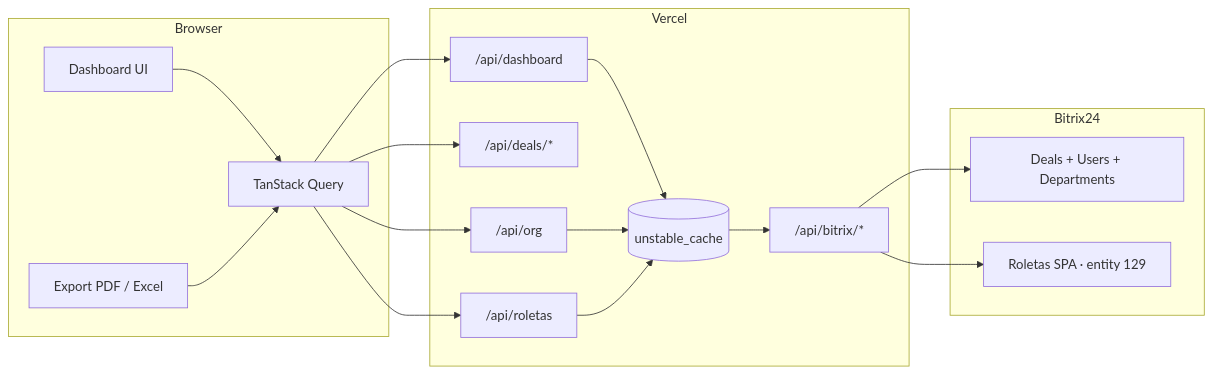
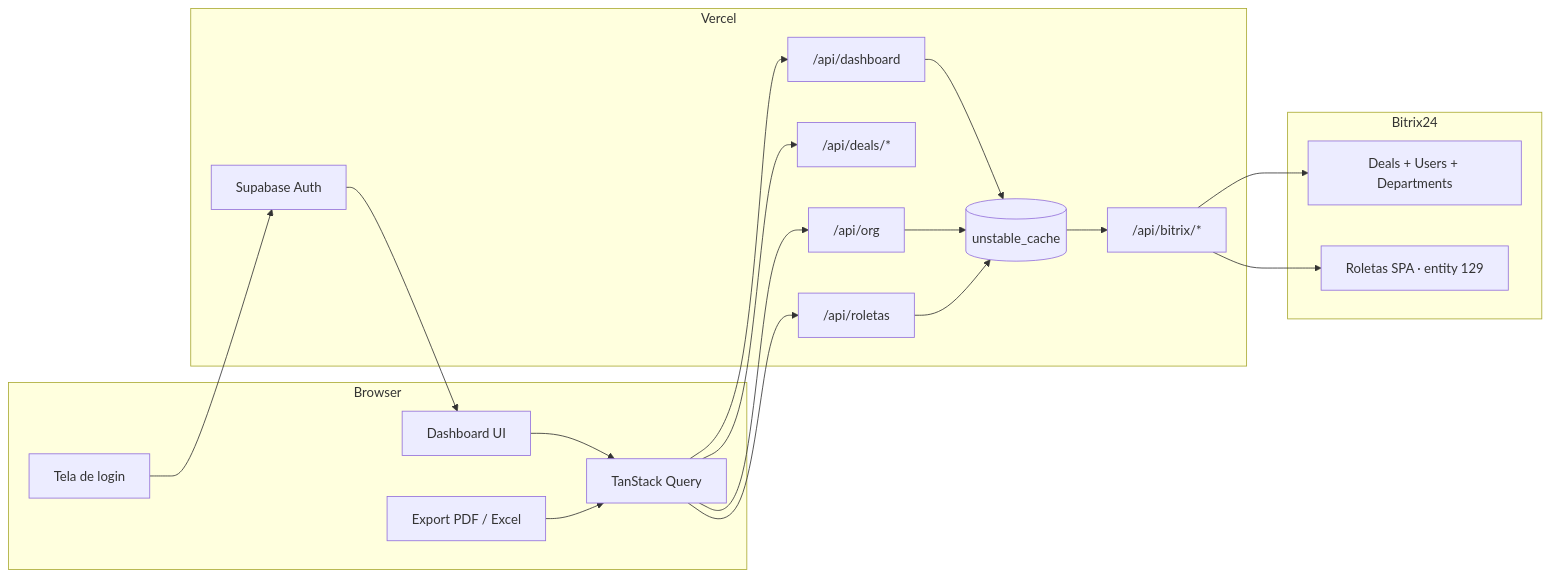
The diagram in README.md (RafaelADSdev/Dashboard-St-pp), drawn with Mermaid before and after one commit. The commit also changed other lines of this file, not shown here.

````diff
--- a/README.md
+++ b/README.md
@@ -129,35 +132,39 @@
 ```mermaid
 flowchart LR
     subgraph Browser
+        LOGIN[Tela de login]
         UI[Dashboard UI]
         RQ[TanStack Query]
         EXP[Export PDF / Excel]
     end
 
     subgraph Vercel
+        AUTH[Supabase Auth]
         API_DASH["/api/dashboard"]
         API_DEALS["/api/deals/*"]
         API_ORG["/api/org"]
         API_ROL["/api/roletas"]
         CACHE[(unstable_cache)]
         PROXY["/api/bitrix/*"]
     end
 
     subgraph Bitrix24
         CRM[Deals + Users + Departments]
         SPA[Roletas SPA · entity 129]
     end
 
+    LOGIN --> AUTH
+    AUTH --> UI
     UI --> RQ
     EXP --> RQ
     RQ --> API_DASH
     RQ --> API_DEALS
     RQ --> API_ORG
     RQ --> API_ROL
     API_DASH --> CACHE
     API_ORG --> CACHE
     API_ROL --> CACHE
     CACHE --> PROXY
     PROXY --> CRM
     PROXY --> SPA
 ```
````
